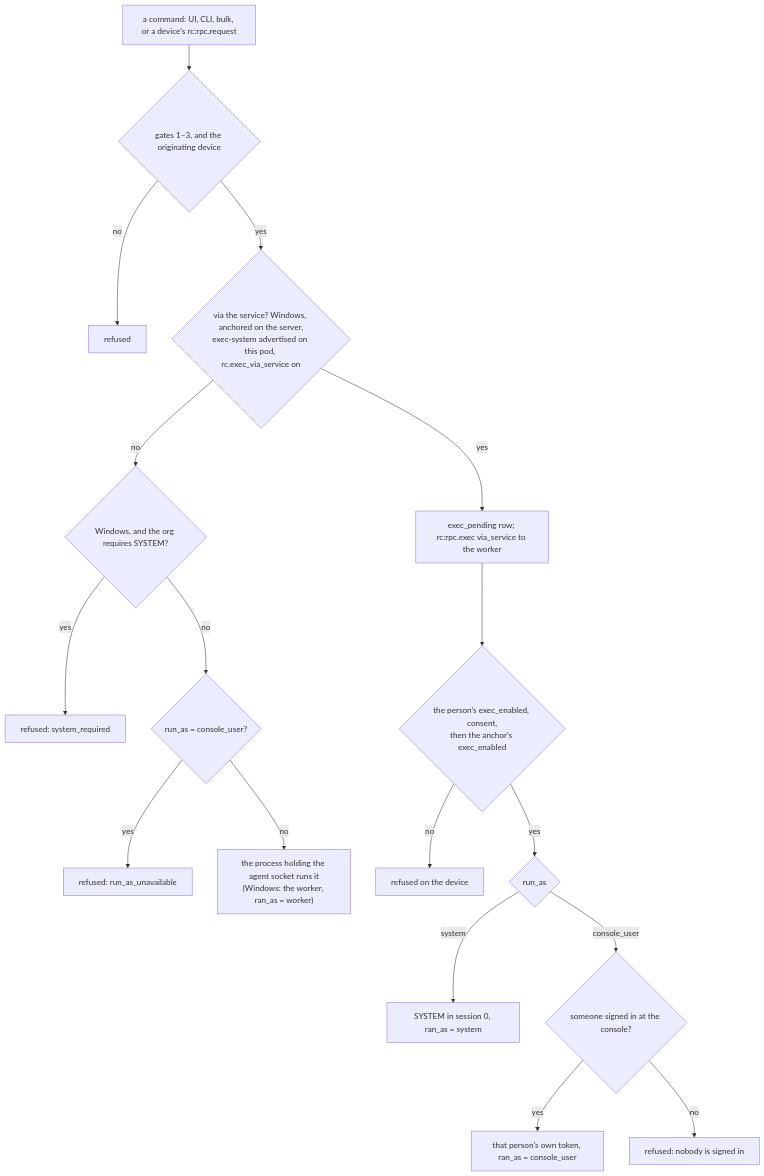
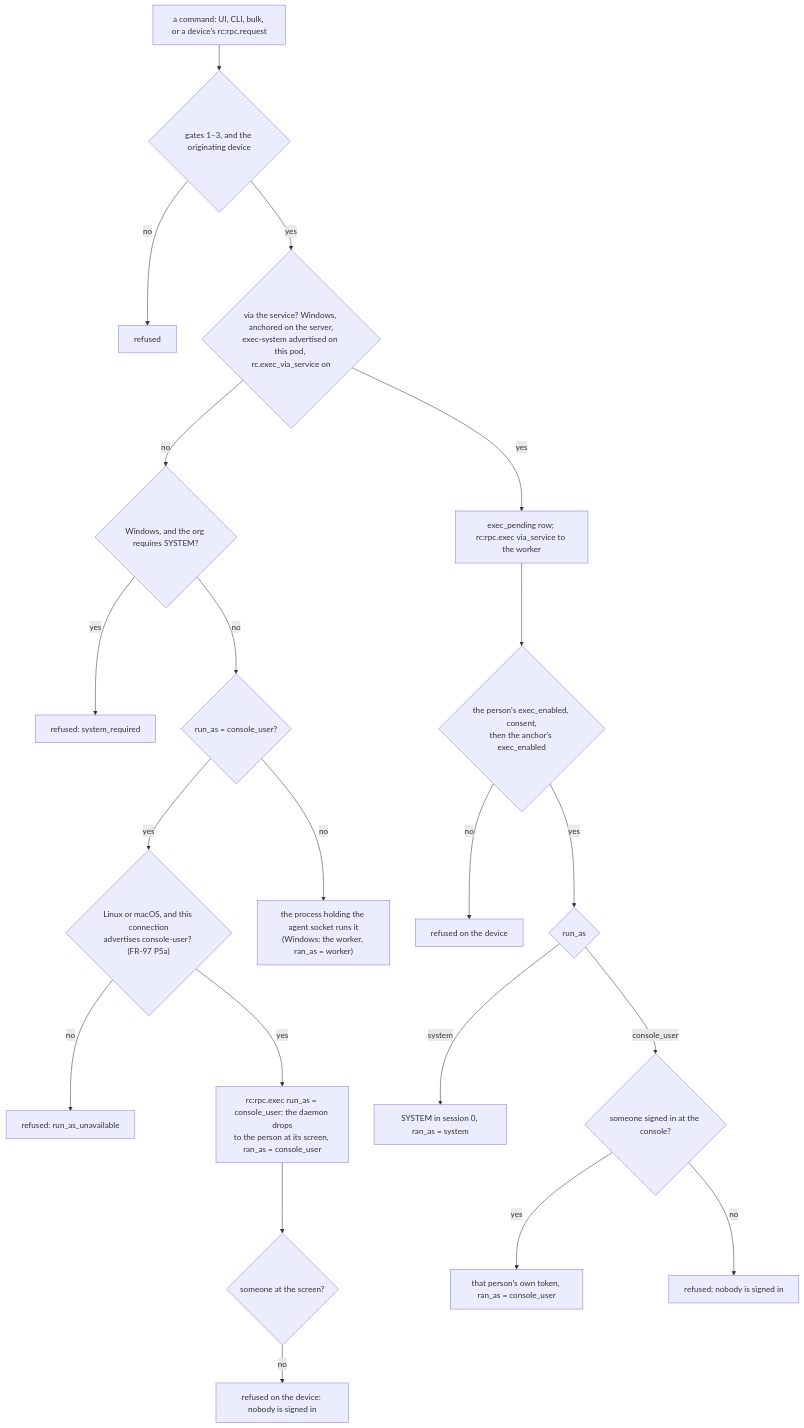
One commit to gjovanov/roomler-ai changed the fourth of 4 diagrams in docs/fleet-rpc.md. Above: the diagram before and after it, drawn with Mermaid. The commit also changed other lines of this file and 51 other files, not shown here.

First line of the commit message:
feat(fr-97): P5a — console_user on Linux and macOS: the person at the screen (#2441)

````diff
--- a/docs/fleet-rpc.md
+++ b/docs/fleet-rpc.md
@@ -291,19 +291,23 @@
 ```mermaid
 flowchart TD
   R["a command: UI, CLI, bulk, or a device's rc:rpc.request"] --> G{"gates 1–3, and the originating device"}
   G -- no --> D1["refused"]
   G -- yes --> V{"via the service? Windows, anchored on the server,<br/>exec-system advertised on this pod, rc.exec_via_service on"}
   V -- no --> Q{"Windows, and the org requires SYSTEM?"}
   Q -- yes --> D2["refused: system_required"]
   Q -- no --> C{"run_as = console_user?"}
-  C -- yes --> D3["refused: run_as_unavailable"]
+  C -- yes --> L{"Linux or macOS, and this connection<br/>advertises console-user? (FR-97 P5a)"}
+  L -- no --> D3["refused: run_as_unavailable"]
+  L -- yes --> PU["rc:rpc.exec run_as = console_user: the daemon drops<br/>to the person at its screen, ran_as = console_user"]
+  PU --> T2{"someone at the screen?"}
+  T2 -- no --> D6["refused on the device: nobody is signed in"]
   C -- no --> W["the process holding the agent socket runs it<br/>(Windows: the worker, ran_as = worker)"]
   V -- yes --> P["exec_pending row; rc:rpc.exec via_service to the worker"]
   P --> K{"the person's exec_enabled, consent,<br/>then the anchor's exec_enabled"}
   K -- no --> D4["refused on the device"]
   K -- yes --> A{"run_as"}
   A -- system --> S["SYSTEM in session 0, ran_as = system"]
   A -- console_user --> T{"someone signed in at the console?"}
   T -- yes --> U["that person's own token, ran_as = console_user"]
   T -- no --> D5["refused: nobody is signed in"]
 ```
````
